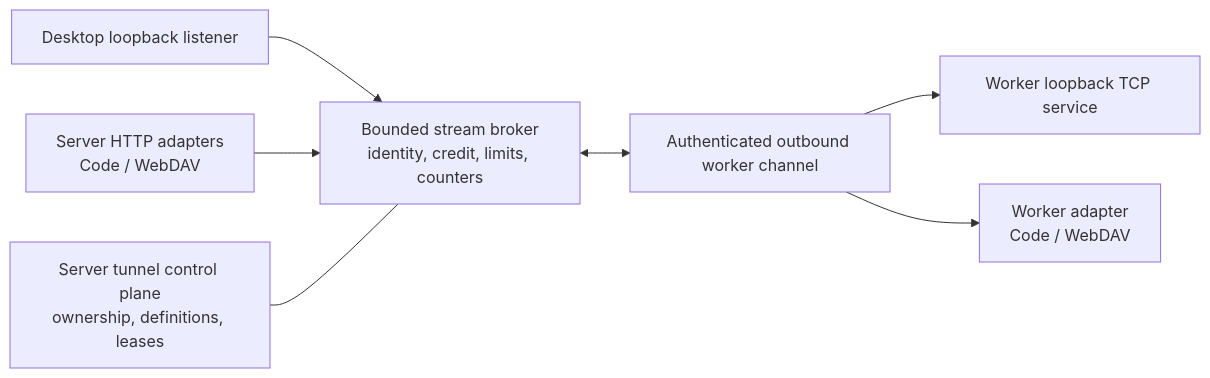
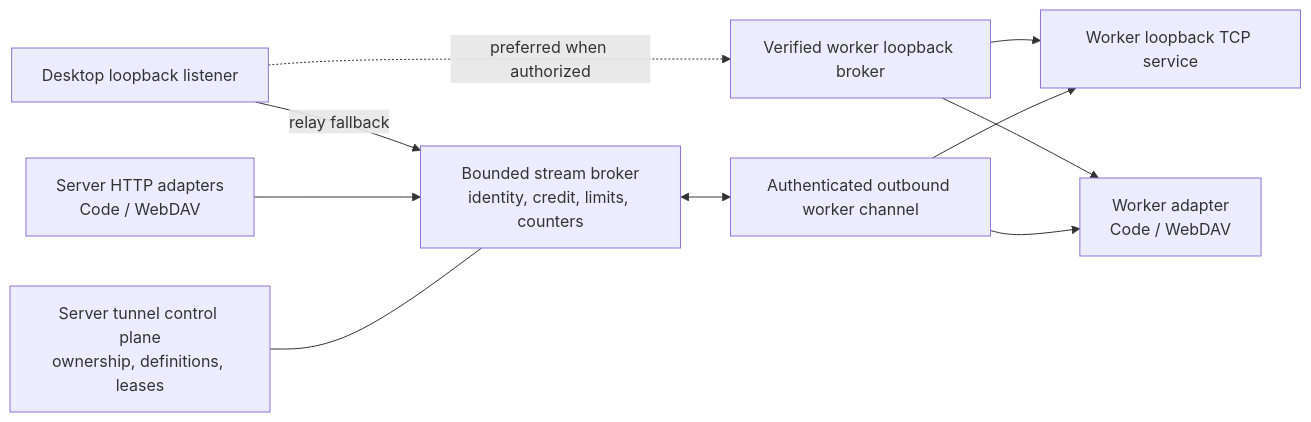
One commit to ArcaneArts/Cantrip changed the diagram in docs/TUNNELS.md. Above: the diagram before and after it, drawn with Mermaid. The commit also changed other lines of this file and 19 other files, not shown here.

````diff
--- a/docs/TUNNELS.md
+++ b/docs/TUNNELS.md
@@ -59,17 +62,21 @@
 ```mermaid
 flowchart LR
     LOCAL["Desktop loopback listener"]
+    DIRECT["Verified worker loopback broker"]
     HTTP["Server HTTP adapters<br/>Code / WebDAV"]
     CONTROL["Server tunnel control plane<br/>ownership, definitions, leases"]
     BROKER["Bounded stream broker<br/>identity, credit, limits, counters"]
     WORKER["Authenticated outbound worker channel"]
     TCP["Worker loopback TCP service"]
     ADAPTER["Worker adapter<br/>Code / WebDAV"]
 
-    LOCAL --> BROKER
+    LOCAL -. "preferred when authorized" .-> DIRECT
+    DIRECT --> TCP
+    DIRECT --> ADAPTER
+    LOCAL -->|"relay fallback"| BROKER
     HTTP --> BROKER
     CONTROL --- BROKER
     BROKER <--> WORKER
     WORKER --> TCP
     WORKER --> ADAPTER
 ```
````
